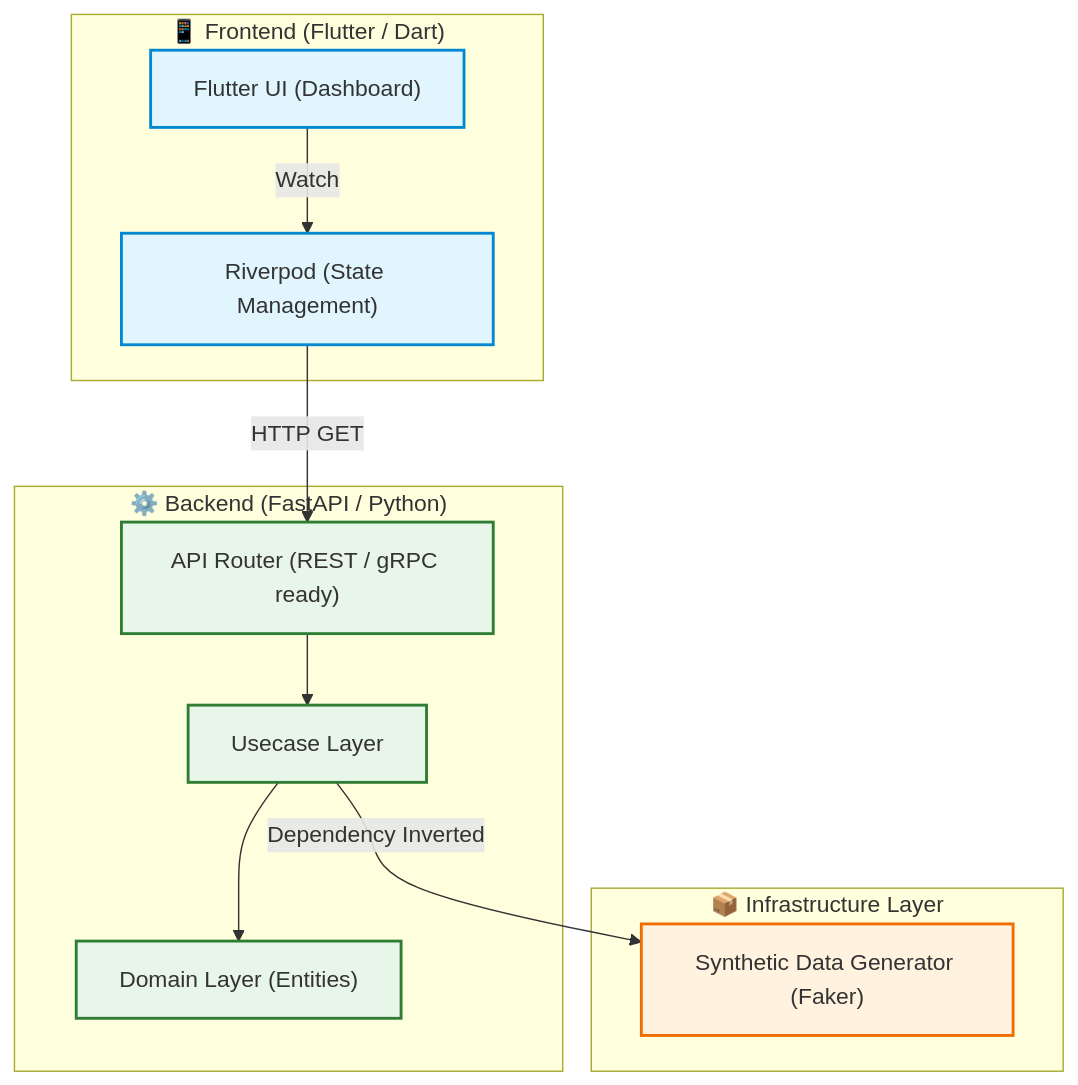
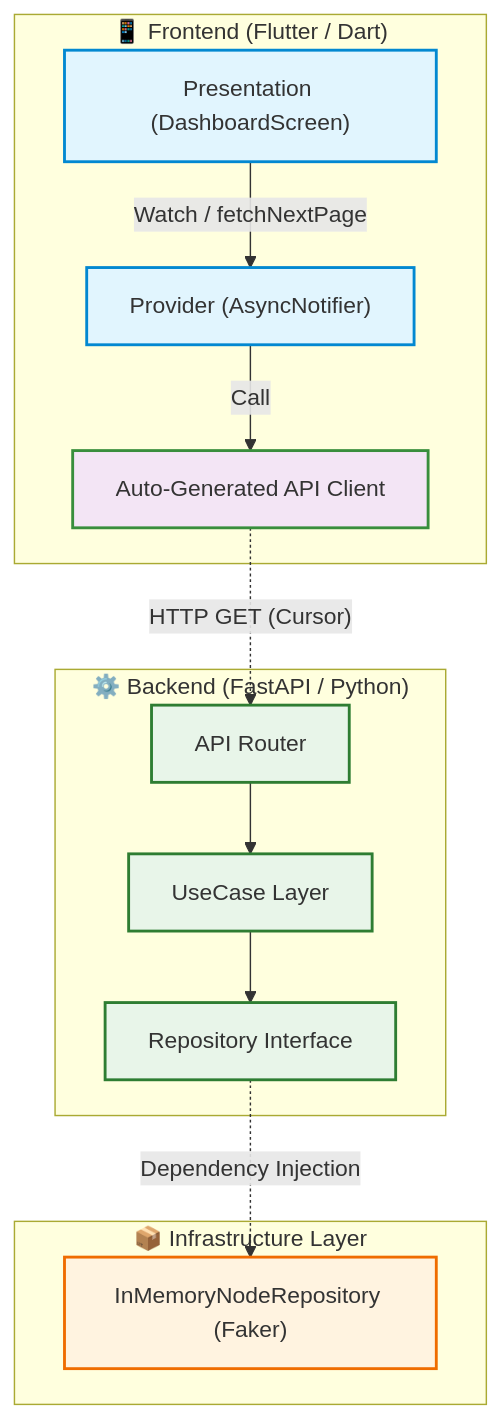
One commit to y-matsuo081991/finops-asset-tracker-mobile changed the diagram in README.md. Above: the diagram before and after it, drawn with Mermaid. The commit also changed other lines of this file, not shown here.

Commit message:
docs: update README with new architecture and features
【日報用サマリー】
  - 今回のフェーズで完了した「Clean Architecture化」「Schema-Driven Development (openapi-generator)」「Cursor-Based Pagination」をREADMEのハイライトセクションに追記しました。
  - 最新のアーキテクチャ図(Mermaid)を更新し、Phase 2のタスク完了を反映しました。

````diff
--- a/README.md
+++ b/README.md
@@ -29,28 +42,31 @@
 ```mermaid
 graph TD
     classDef mobile fill:#e1f5fe,stroke:#0288d1,stroke-width:2px;
     classDef api fill:#e8f5e9,stroke:#2e7d32,stroke-width:2px;
     classDef mock fill:#fff3e0,stroke:#ef6c00,stroke-width:2px;
+    classDef auto fill:#f3e5f5,stroke:#388e3c,stroke-width:2px;
 
     subgraph "📱 Frontend (Flutter / Dart)"
-        UI["Flutter UI (Dashboard)"]:::mobile
-        STATE["Riverpod (State Management)"]:::mobile
-        UI -->|"Watch"| STATE
+        UI["Presentation (DashboardScreen)"]:::mobile
+        STATE["Provider (AsyncNotifier)"]:::mobile
+        CLIENT["Auto-Generated API Client"]:::auto
+        UI -->|"Watch / fetchNextPage"| STATE
+        STATE -->|"Call"| CLIENT
     end
 
     subgraph "⚙️ Backend (FastAPI / Python)"
-        ROUTER["API Router (REST / gRPC ready)"]:::api
-        USECASE["Usecase Layer"]:::api
-        DOMAIN["Domain Layer (Entities)"]:::api
+        ROUTER["API Router"]:::api
+        USECASE["UseCase Layer"]:::api
+        REPO["Repository Interface"]:::api
         
         ROUTER --> USECASE
-        USECASE --> DOMAIN
+        USECASE --> REPO
     end
 
     subgraph "📦 Infrastructure Layer"
-        FAKER["Synthetic Data Generator (Faker)"]:::mock
-        USECASE -->|"Dependency Inverted"| FAKER
+        FAKER["InMemoryNodeRepository (Faker)"]:::mock
+        REPO -.->|"Dependency Injection"| FAKER
     end
 
-    STATE -->|"HTTP GET"| ROUTER
+    CLIENT -.->|"HTTP GET (Cursor)"| ROUTER
 ```
````
